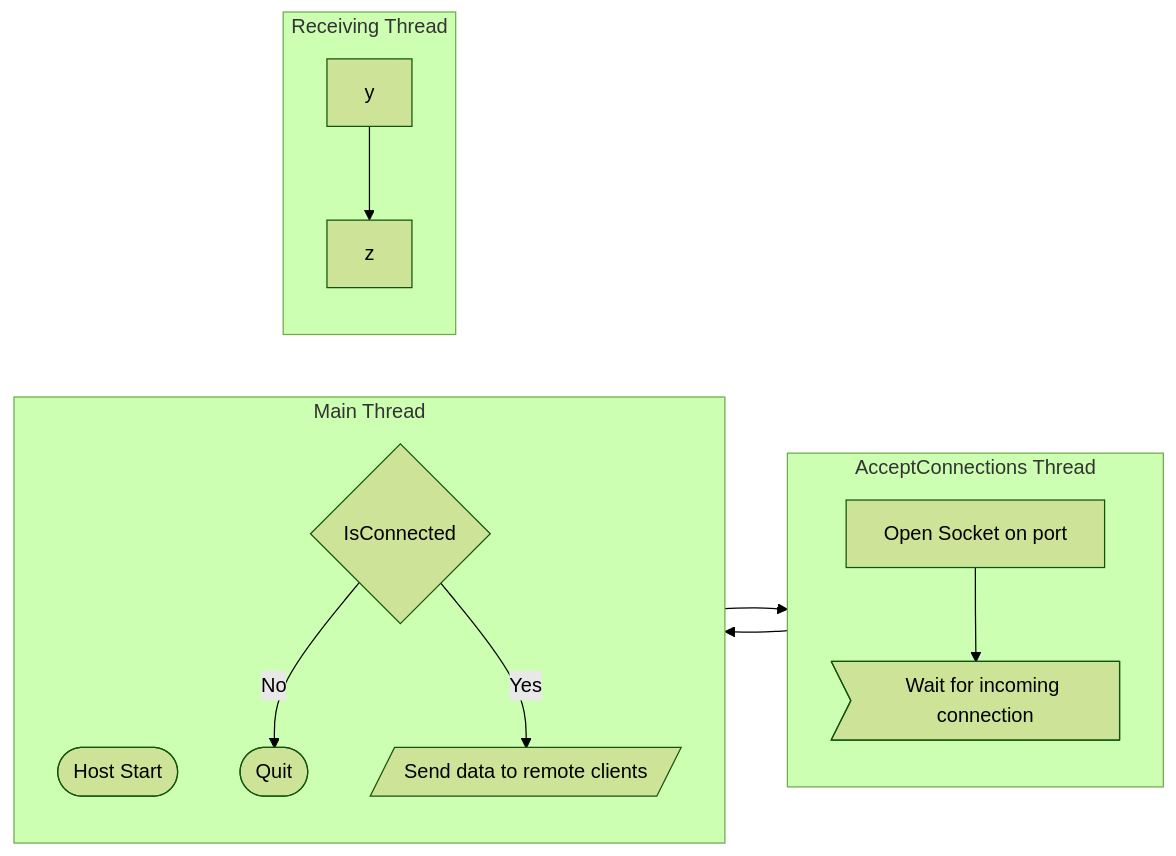
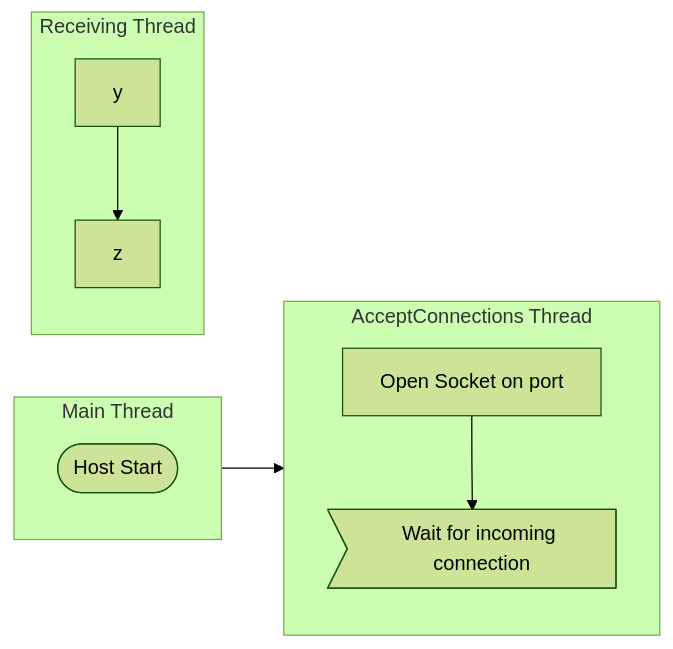
One commit to GMcMichael/ThornNetworking changed the diagram in README.md. Above: the diagram before and after it, drawn with Mermaid (forest theme).

````diff
--- a/README.md
+++ b/README.md
@@ -1,18 +1,15 @@
 ```mermaid
 flowchart LR
   subgraph acthread [AcceptConnections Thread]
     direction TB
     B-->F>Wait for incoming connection]
   end
   subgraph mt [Main Thread]
     direction TB
     A([Host Start]) --> B[Open Socket on port]
-    B-->C{IsConnected}
-    C-- No -->D([Quit])
-    C-- Yes -->E[/Send data to remote clients/]
   end
  subgraph rt [Receiving Thread]
   direction TB
   y-->z
  end
 ```
````
